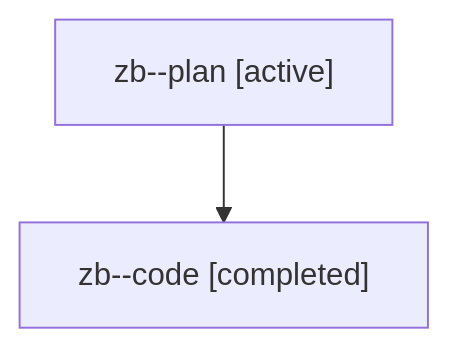
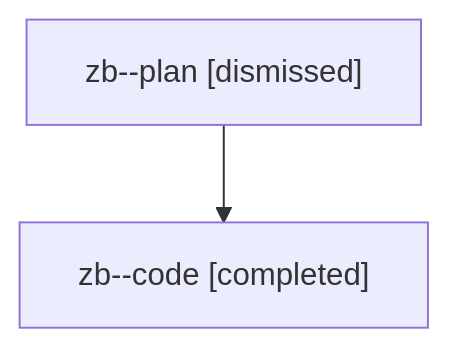
One commit to bobs-org/bob-cli--agents changed the diagram in sessions/bbugyi200.athena.zb.md. Above: the diagram before and after it, drawn with Mermaid. The commit also changed other lines of this file and 18 other files, not shown here.

````diff
--- a/sessions/bbugyi200.athena.zb.md
+++ b/sessions/bbugyi200.athena.zb.md
@@ -9,6 +9,6 @@
 ```mermaid
 flowchart TD
-  n0["zb--plan [active]"]
+  n0["zb--plan [dismissed]"]
   n1["zb--code [completed]"]
   n0 --> n1
 ```
````
